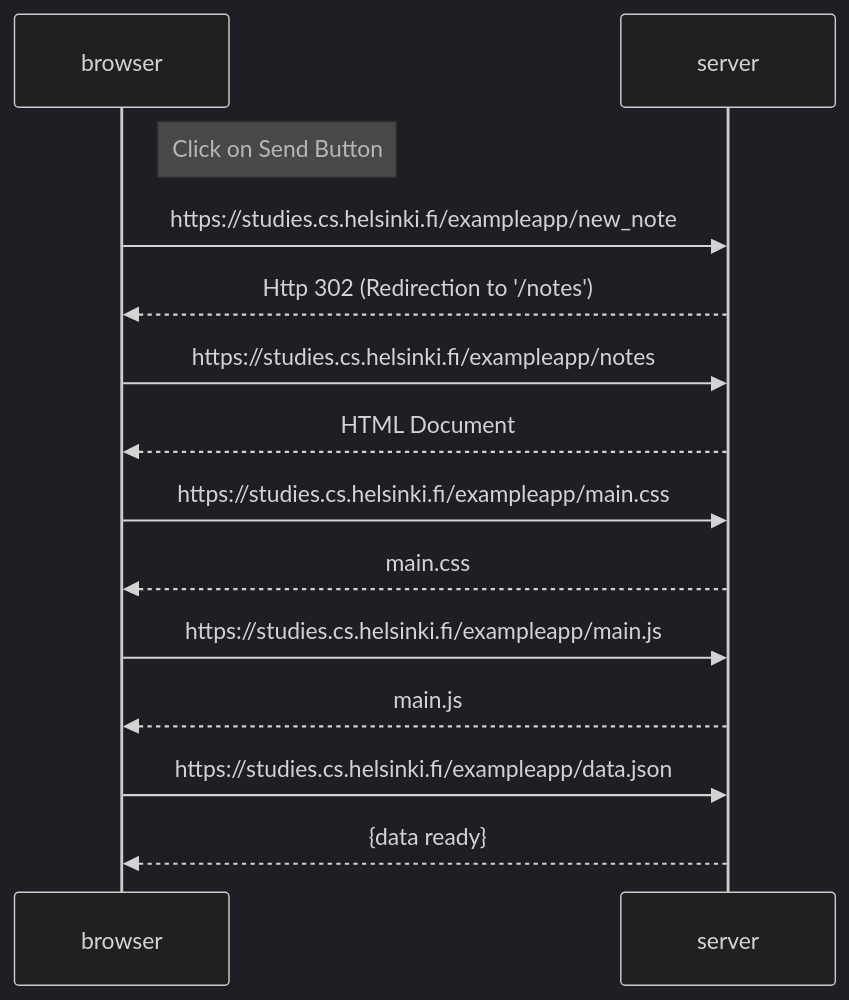
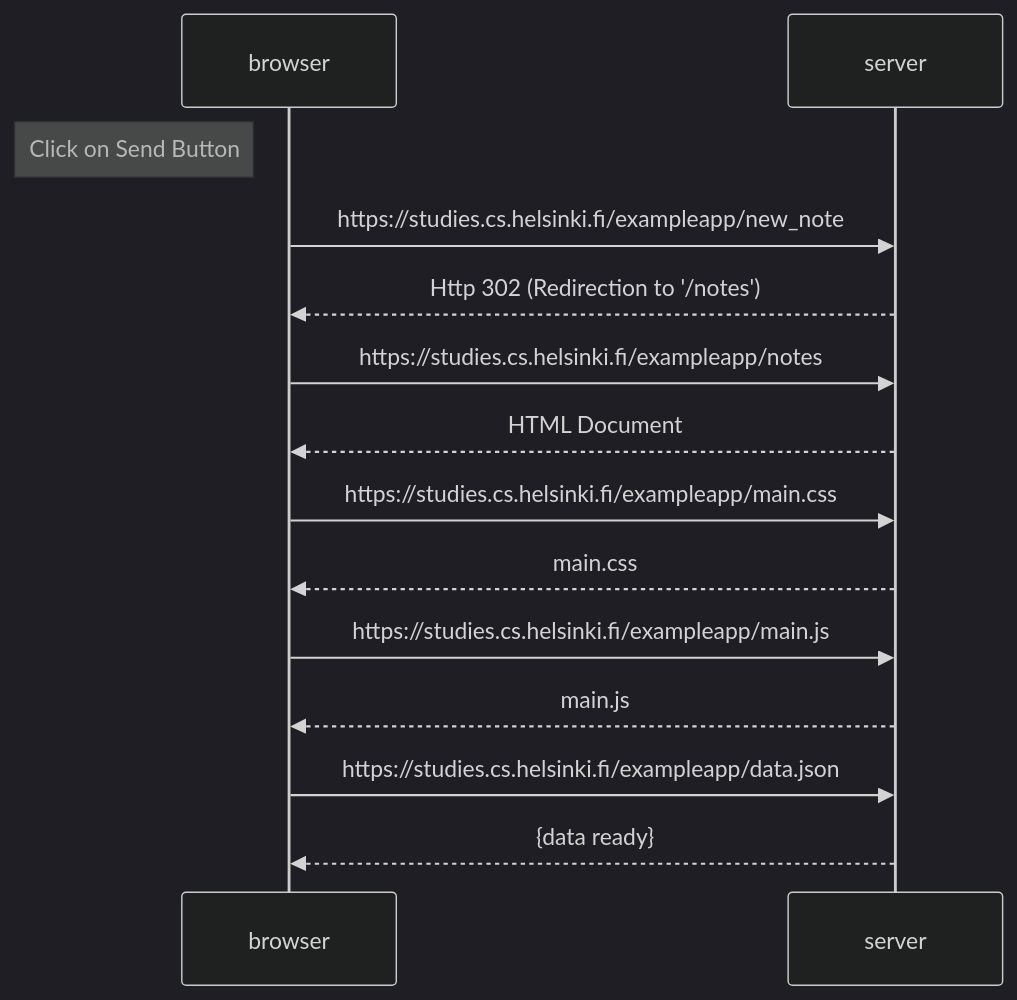
One commit to ArielCS0625/Ejercicios-0.4-0.6- changed the diagram in 04.md. Above: the diagram before and after it, drawn with Mermaid (dark theme).

````diff
--- a/04.md
+++ b/04.md
@@ -1,23 +1,23 @@
   ```mermaid
   sequenceDiagram
       participant browser
       participant server
-Note right of browser: Click on Send Button
+Note left of browser: Click on Send Button
       browser->>server: https://studies.cs.helsinki.fi/exampleapp/new_note
       server-->>browser: Http 302 (Redirection to '/notes')
 
       browser->>server: https://studies.cs.helsinki.fi/exampleapp/notes
       server-->>browser: HTML Document
 
       browser->>server: https://studies.cs.helsinki.fi/exampleapp/main.css
       server-->>browser: main.css
 
       browser->>server: https://studies.cs.helsinki.fi/exampleapp/main.js
       server-->>browser: main.js
 
 
       browser->>server: https://studies.cs.helsinki.fi/exampleapp/data.json
       server-->>browser: {data ready}
 
  
   ```
````
